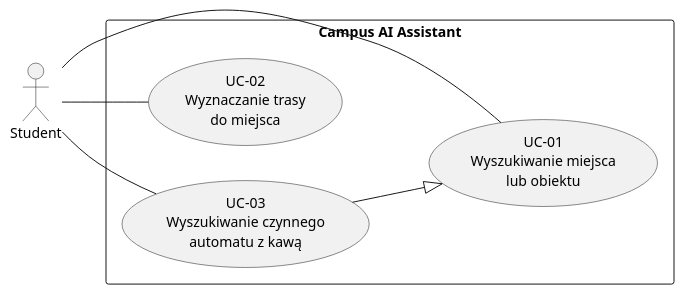
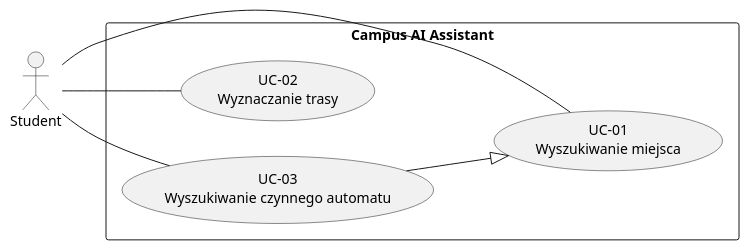
One commit to sulmar/campus-ai-assistant changed the fourth of 4 diagrams in docs/use-cases/README.md. Above: the diagram before and after it, drawn with PlantUML. The commit also changed other lines of this file, not shown here.

Commit message:
Dodanie diagramów UML

````diff
--- a/docs/use-cases/README.md
+++ b/docs/use-cases/README.md
@@ -37,20 +55,22 @@
-``` plantuml
+```plantuml
+
 @startuml
 left to right direction
 
 actor Student
 
 rectangle "Campus AI Assistant" {
-    usecase "UC-01\nWyszukiwanie miejsca\nlub obiektu" as UC01
-    usecase "UC-02\nWyznaczanie trasy\ndo miejsca" as UC02
-    usecase "UC-03\nWyszukiwanie czynnego\nautomatu z kawą" as UC03
+    usecase "UC-01\nWyszukiwanie miejsca" as UC01
+    usecase "UC-02\nWyznaczanie trasy" as UC02
+    usecase "UC-03\nWyszukiwanie czynnego automatu" as UC03
 }
 
 Student -- UC01
 Student -- UC02
 Student -- UC03
 
 UC03 --|> UC01
 
 @enduml
+
 ```
````
